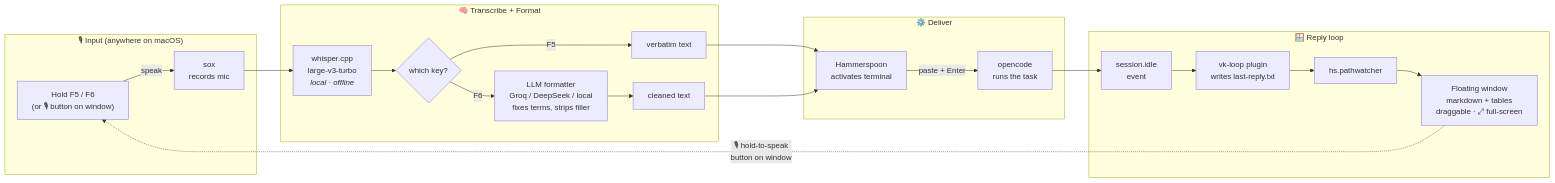
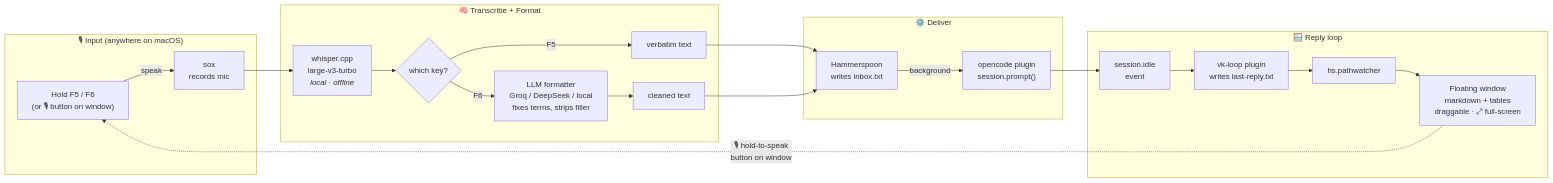
Before and after one commit to prakashchand72/vk-voice-kit: the diagram in README.md, drawn with Mermaid. The commit also changed other lines of this file and 3 other files, not shown here.

````diff
--- a/README.md
+++ b/README.md
@@ -18,28 +18,28 @@
 ```mermaid
 flowchart LR
     subgraph INPUT["🎙 Input (anywhere on macOS)"]
         A["Hold F5 / F6<br/>(or 🎙 button on window)"] -->|"speak"| B["sox<br/>records mic"]
     end
 
     subgraph BRAIN["🧠 Transcribe + Format"]
         B --> C["whisper.cpp<br/>large-v3-turbo<br/><i>local · offline</i>"]
         C --> D{"which key?"}
         D -->|"F5"| E["verbatim text"]
         D -->|"F6"| F["LLM formatter<br/>Groq / DeepSeek / local<br/>fixes terms, strips filler"]
         F --> E2["cleaned text"]
     end
 
     subgraph EXECUTE["⚙️ Deliver"]
-        E --> G["Hammerspoon<br/>activates terminal"]
+        E --> G["Hammerspoon<br/>writes inbox.txt"]
         E2 --> G
-        G -->|"paste + Enter"| H["opencode<br/>runs the task"]
+        G -->|"background"| H["opencode plugin<br/>session.prompt()"]
     end
 
     subgraph REPLY["🪟 Reply loop"]
         H --> I["session.idle<br/>event"]
         I --> J["vk-loop plugin<br/>writes last-reply.txt"]
         J --> K["hs.pathwatcher"]
         K --> L["Floating window<br/>markdown + tables<br/>draggable · ⤢ full-screen"]
         L -.->|"🎙 hold-to-speak<br/>button on window"| A
     end
 ```
````
